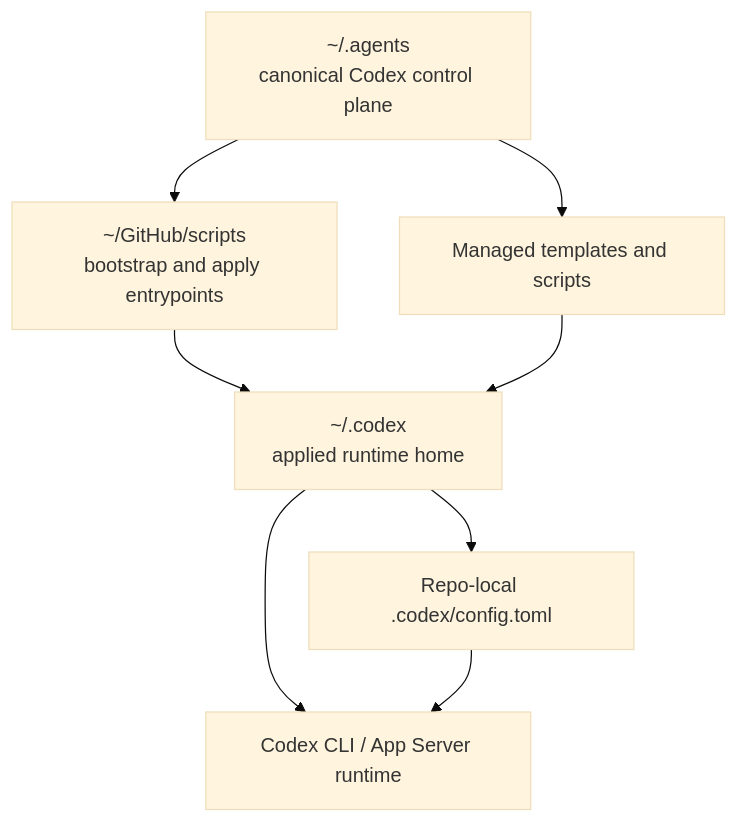
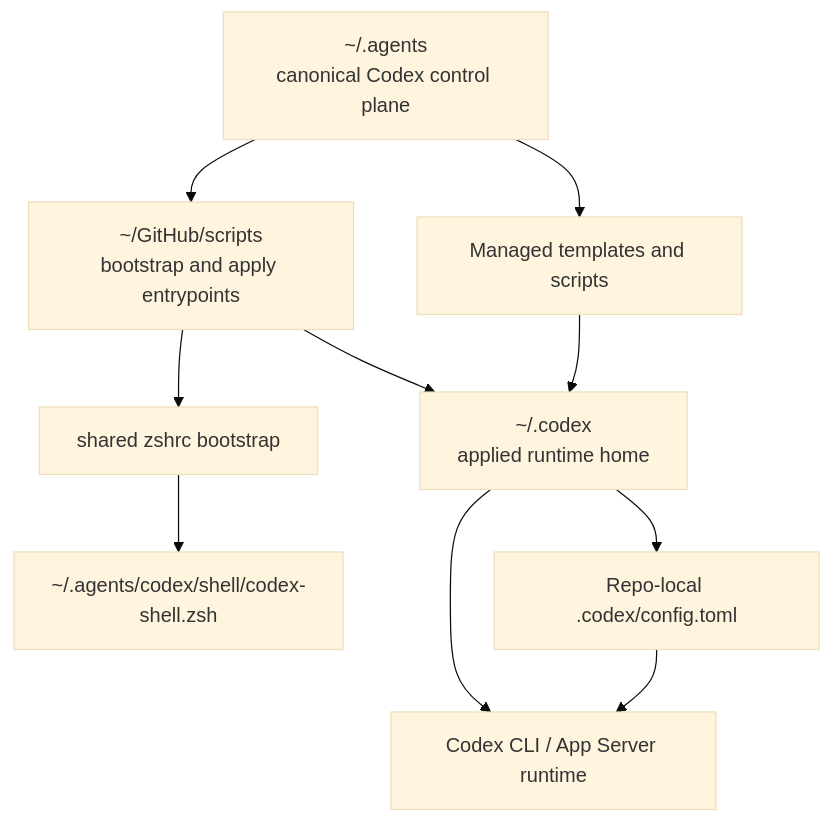
One commit to wisdom-in-a-nutshell/.agents changed the diagram in docs/architecture/codex-control-plane.md. Above: the diagram before and after it, drawn with Mermaid (base theme). The commit also changed other lines of this file and 9 other files, not shown here.

````diff
--- a/docs/architecture/codex-control-plane.md
+++ b/docs/architecture/codex-control-plane.md
@@ -7,10 +7,12 @@
 ```mermaid
 flowchart TD
     A[~/.agents<br/>canonical Codex control plane] --> B[~/GitHub/scripts<br/>bootstrap and apply entrypoints]
     A --> C[Managed templates and scripts]
     B --> D[~/.codex<br/>applied runtime home]
     C --> D
+    B --> G[shared zshrc bootstrap]
+    G --> H[~/.agents/codex/shell/codex-shell.zsh]
     D --> E[Codex CLI / App Server runtime]
     F[Repo-local .codex/config.toml] --> E
     D --> F
 ```
````
